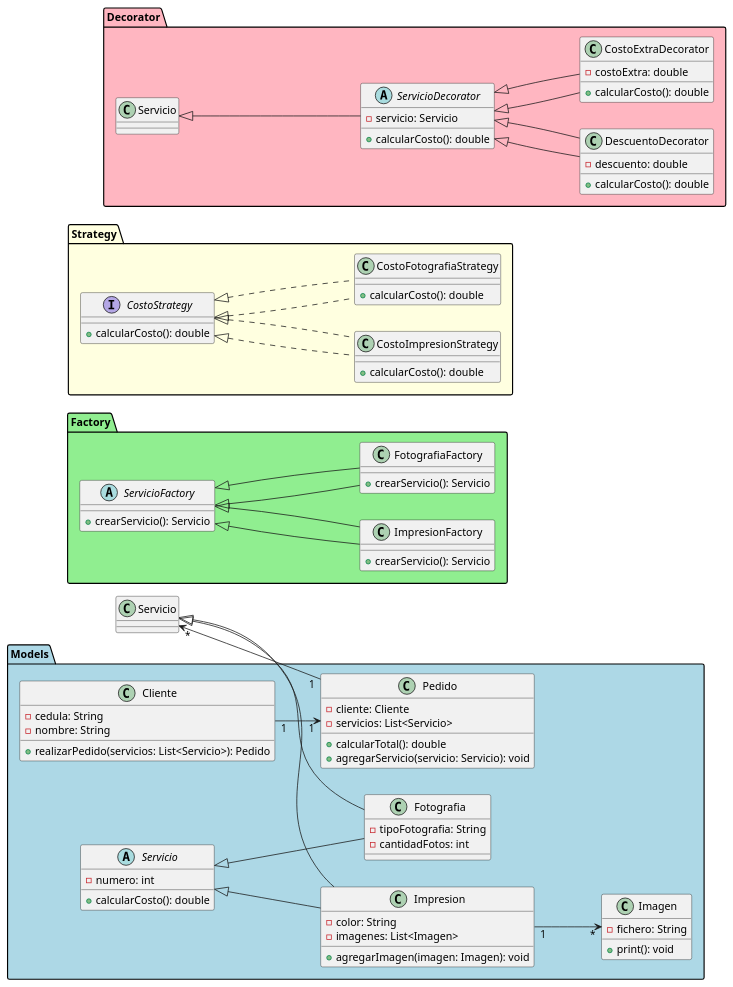
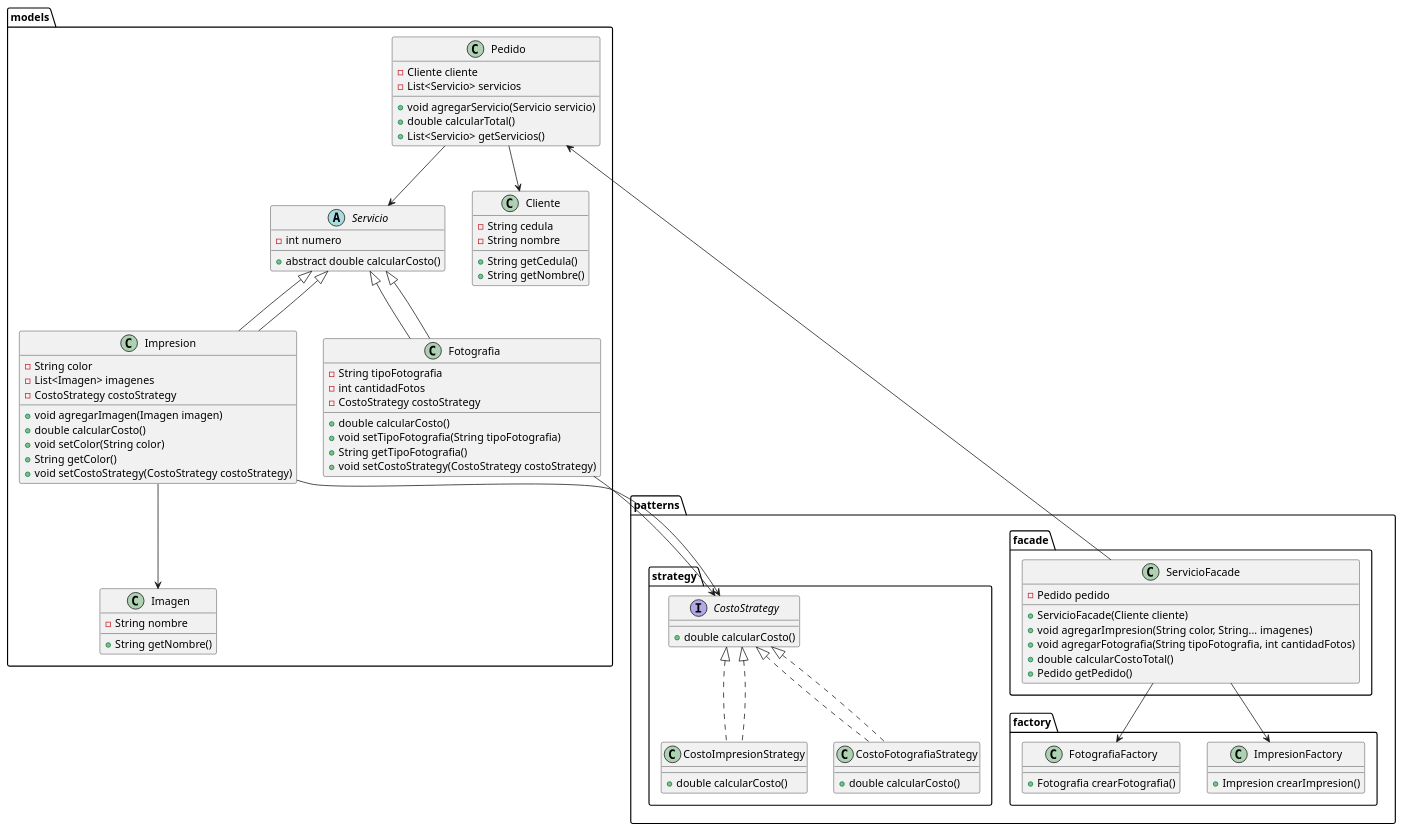
The diagram in UML.puml (andreanavia/6303SoftwareII), drawn with PlantUML before and after one commit.

Commit message:
SE ACTUALIZO EL UML

```diff
--- a/UML.puml
+++ b/UML.puml
@@ -1,97 +1,102 @@
-@startuml UML.puml
-left to right direction
+@startuml UML
 
-package "Models" #LightBlue {
-    class Cliente {
-        - cedula: String
-        - nombre: String
-        + realizarPedido(servicios: List<Servicio>): Pedido
+' Paquete principal
+package "models" {
+    abstract class Servicio {
+        - int numero
+        + abstract double calcularCosto()
+    }
+
+    class Impresion extends Servicio {
+        - String color
+        - List<Imagen> imagenes
+        - CostoStrategy costoStrategy
+        + void agregarImagen(Imagen imagen)
+        + double calcularCosto()
+        + void setColor(String color)
+        + String getColor()
+        + void setCostoStrategy(CostoStrategy costoStrategy)
+    }
+
+    class Fotografia extends Servicio {
+        - String tipoFotografia
+        - int cantidadFotos
+        - CostoStrategy costoStrategy
+        + double calcularCosto()
+        + void setTipoFotografia(String tipoFotografia)
+        + String getTipoFotografia()
+        + void setCostoStrategy(CostoStrategy costoStrategy)
     }
 
     class Pedido {
-        - cliente: Cliente
-        - servicios: List<Servicio>
-        + calcularTotal(): double
-        + agregarServicio(servicio: Servicio): void
+        - Cliente cliente
+        - List<Servicio> servicios
+        + void agregarServicio(Servicio servicio)
+        + double calcularTotal()
+        + List<Servicio> getServicios()
     }
 
-    abstract class Servicio {
-        - numero: int
-        + calcularCosto(): double
-    }
-
-    class Impresion extends Servicio {
-        - color: String
-        - imagenes: List<Imagen>
-        + agregarImagen(imagen: Imagen): void
-    }
-
-    class Fotografia extends Servicio {
-        - tipoFotografia: String
-        - cantidadFotos: int
+    class Cliente {
+        - String cedula
+        - String nombre
+        + String getCedula()
+        + String getNombre()
     }
 
     class Imagen {
-        - fichero: String
-        + print(): void
+        - String nombre
+        + String getNombre()
     }
 }
 
-package "Factory" #LightGreen {
-    abstract class ServicioFactory {
-        + crearServicio(): Servicio
+' Paquete de patrones de diseño
+package "patterns.strategy" {
+    interface CostoStrategy {
+        + double calcularCosto()
     }
 
-    class ImpresionFactory extends ServicioFactory {
-        + crearServicio(): Servicio
+    class CostoImpresionStrategy implements CostoStrategy {
+        + double calcularCosto()
     }
 
-    class FotografiaFactory extends ServicioFactory {
-        + crearServicio(): Servicio
+    class CostoFotografiaStrategy implements CostoStrategy {
+        + double calcularCosto()
     }
 }
 
-package "Strategy" #LightYellow {
-    interface CostoStrategy {
-        + calcularCosto(): double
+package "patterns.factory" {
+    class ImpresionFactory {
+        + Impresion crearImpresion()
     }
 
-    class CostoImpresionStrategy implements CostoStrategy {
-        + calcularCosto(): double
-    }
-
-    class CostoFotografiaStrategy implements CostoStrategy {
-        + calcularCosto(): double
+    class FotografiaFactory {
+        + Fotografia crearFotografia()
     }
 }
 
-package "Decorator" #LightPink {
-    abstract class ServicioDecorator extends Servicio {
-        - servicio: Servicio
-        + calcularCosto(): double
-    }
-
-    class DescuentoDecorator extends ServicioDecorator {
-        - descuento: double
-        + calcularCosto(): double
-    }
-
-    class CostoExtraDecorator extends ServicioDecorator {
-        - costoExtra: double
-        + calcularCosto(): double
+package "patterns.facade" {
+    class ServicioFacade {
+        - Pedido pedido
+        + ServicioFacade(Cliente cliente)
+        + void agregarImpresion(String color, String... imagenes)
+        + void agregarFotografia(String tipoFotografia, int cantidadFotos)
+        + double calcularCostoTotal()
+        + Pedido getPedido()
     }
 }
 
-Cliente "1" --> "1" Pedido
-Pedido "1" --> "*" Servicio
+' Relaciones
 Servicio <|-- Impresion
 Servicio <|-- Fotografia
-Impresion "1" --> "*" Imagen
-ServicioFactory <|-- ImpresionFactory
-ServicioFactory <|-- FotografiaFactory
+Pedido --> Cliente
+Pedido --> Servicio
+Impresion --> Imagen
+Impresion --> CostoStrategy
+Fotografia --> CostoStrategy
 CostoStrategy <|.. CostoImpresionStrategy
 CostoStrategy <|.. CostoFotografiaStrategy
-ServicioDecorator <|-- DescuentoDecorator
-ServicioDecorator <|-- CostoExtraDecorator
+ServicioFacade --> Pedido
+ServicioFacade --> ImpresionFactory
+ServicioFacade --> FotografiaFactory
 
 @enduml
```
